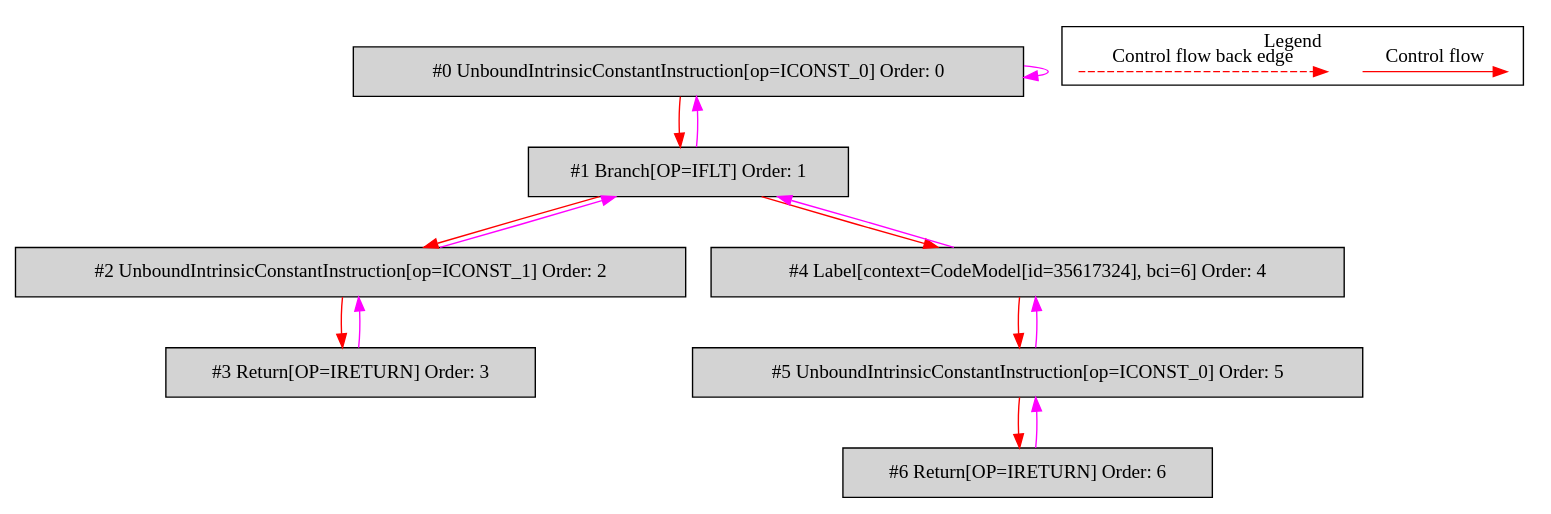
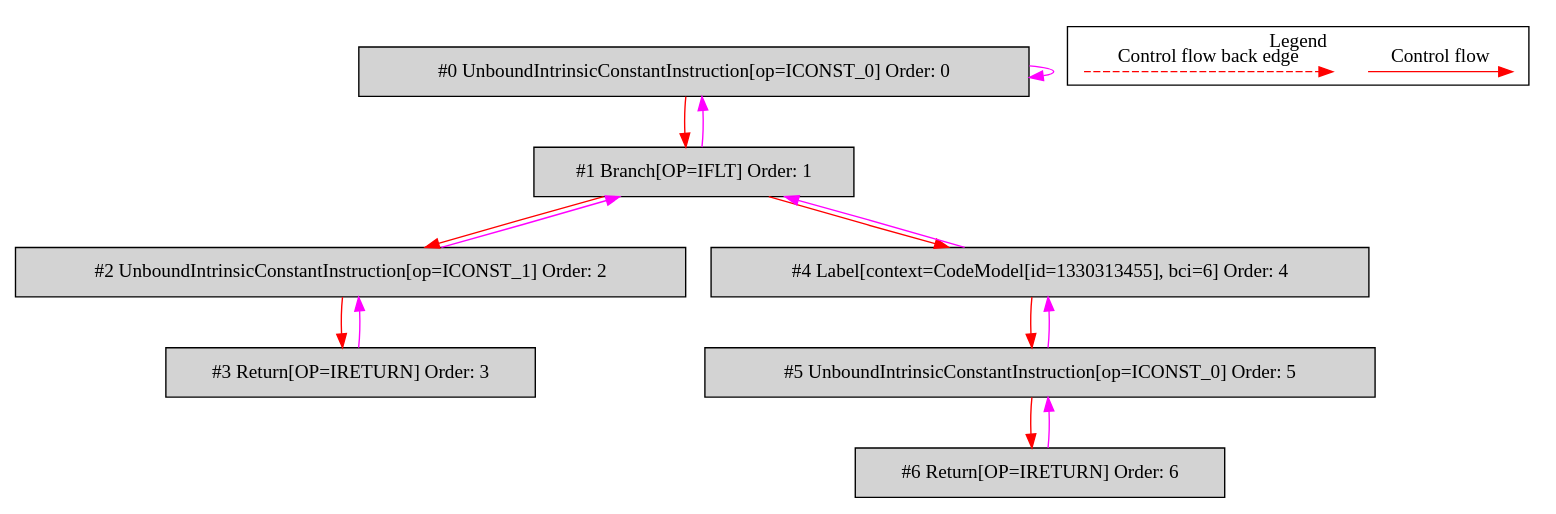
One commit to mirkosertic/MetaIR changed the diagram in de.mirkosertic.metair.ir.OpcodeIFLTTest/test_IFLT/bytecodecfg.dot. Above: the diagram before and after it, drawn with Graphviz. The commit also changed 1202 other files, not shown here.

```diff
--- a/de.mirkosertic.metair.ir.OpcodeIFLTTest/test_IFLT/bytecodecfg.dot
+++ b/de.mirkosertic.metair.ir.OpcodeIFLTTest/test_IFLT/bytecodecfg.dot
@@ -1,37 +1,37 @@
 digraph {
  ordering="in";
  node0[label="#0 UnboundIntrinsicConstantInstruction[op=ICONST_0] Order: 0", shape=box, fillcolor=lightgrey, style=filled];
  node1[label="#1 Branch[OP=IFLT] Order: 1", shape=box, fillcolor=lightgrey, style=filled];
  node2[label="#2 UnboundIntrinsicConstantInstruction[op=ICONST_1] Order: 2", shape=box, fillcolor=lightgrey, style=filled];
  node3[label="#3 Return[OP=IRETURN] Order: 3", shape=box, fillcolor=lightgrey, style=filled];
- node4[label="#4 Label[context=CodeModel[id=35617324], bci=6] Order: 4", shape=box, fillcolor=lightgrey, style=filled];
+ node4[label="#4 Label[context=CodeModel[id=1330313455], bci=6] Order: 4", shape=box, fillcolor=lightgrey, style=filled];
  node5[label="#5 UnboundIntrinsicConstantInstruction[op=ICONST_0] Order: 5", shape=box, fillcolor=lightgrey, style=filled];
  node6[label="#6 Return[OP=IRETURN] Order: 6", shape=box, fillcolor=lightgrey, style=filled];
  node0 -> node0[color=fuchsia];
  node0 -> node1[color=red];
  node1 -> node0[color=fuchsia];
  node1 -> node2[color=red];
  node2 -> node1[color=fuchsia];
  node2 -> node3[color=red];
  node3 -> node2[color=fuchsia];
  node1 -> node4[color=red];
  node4 -> node1[color=fuchsia];
  node4 -> node5[color=red];
  node5 -> node4[color=fuchsia];
  node5 -> node6[color=red];
  node6 -> node5[color=fuchsia];
  subgraph cluster_000 {
   label = "Legend";
   node [shape=point]
   {
    rank=same;
    c0 [style = invis];
    c1 [style = invis];
    c2 [style = invis];
    c3 [style = invis];
   }
   c0 -> c1 [label="Control flow", style=solid, color=red]
   c2 -> c3 [label="Control flow back edge", style=dashed, color=red]
  }
 
 }
```
